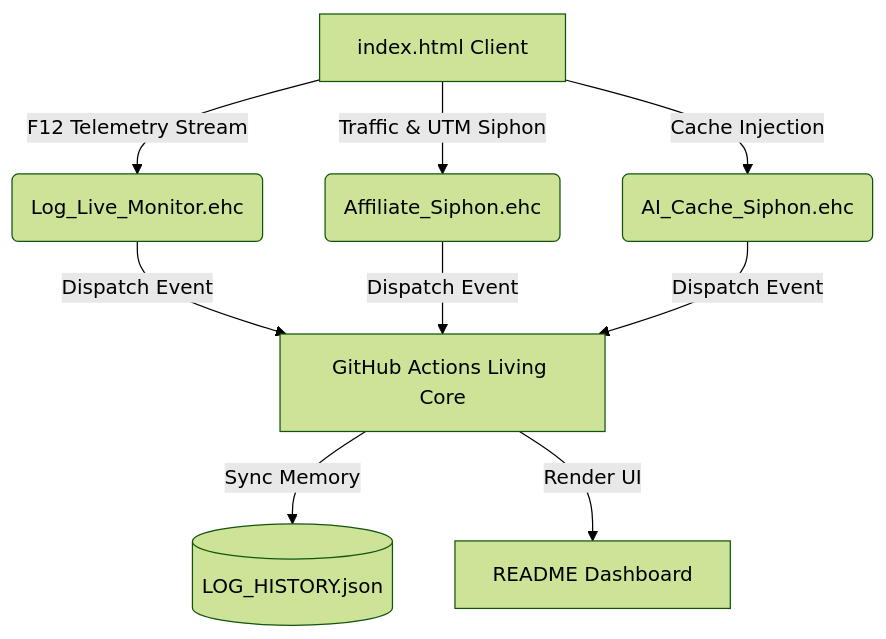
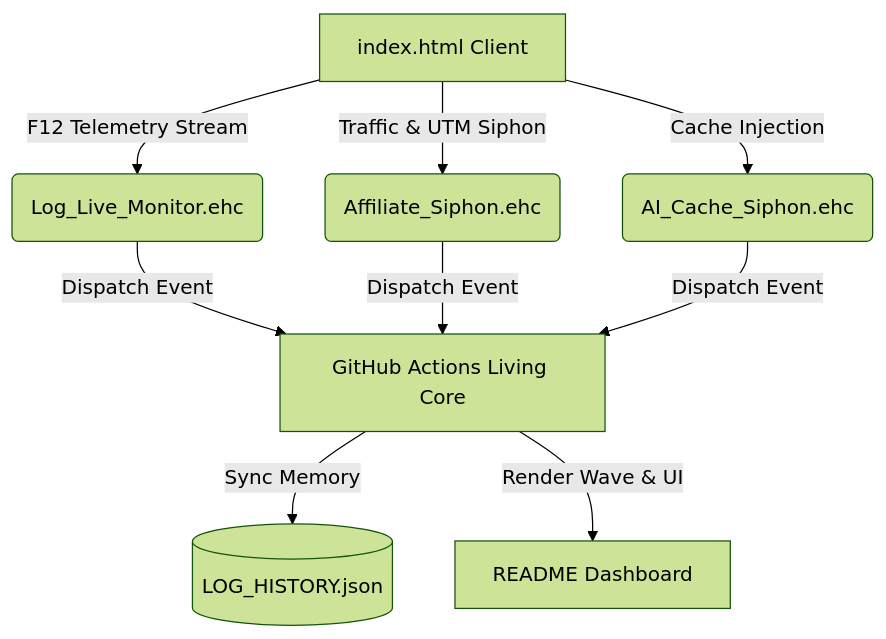
The diagram in README.md (donabico-media-system/8000kicks), drawn with Mermaid (forest theme) before and after one commit. The commit also changed other lines of this file and 1 other file, not shown here.

Commit message:
ESEB-SINE-WAVE: Sync Sci-Fi Wave Telemetry & Living Dashboard [V-STAMP-24]

````diff
--- a/README.md
+++ b/README.md
@@ -12,11 +16,11 @@
 ```mermaid
 graph TD;
     A[index.html Client] -->|F12 Telemetry Stream| B(Log_Live_Monitor.ehc);
     A -->|Traffic & UTM Siphon| C(Affiliate_Siphon.ehc);
     A -->|Cache Injection| D(AI_Cache_Siphon.ehc);
     B -->|Dispatch Event| E[GitHub Actions Living Core];
     C -->|Dispatch Event| E;
     D -->|Dispatch Event| E;
     E -->|Sync Memory| F[(LOG_HISTORY.json)];
-    E -->|Render UI| G[README Dashboard];
+    E -->|Render Wave & UI| G[README Dashboard];
 ```
````
